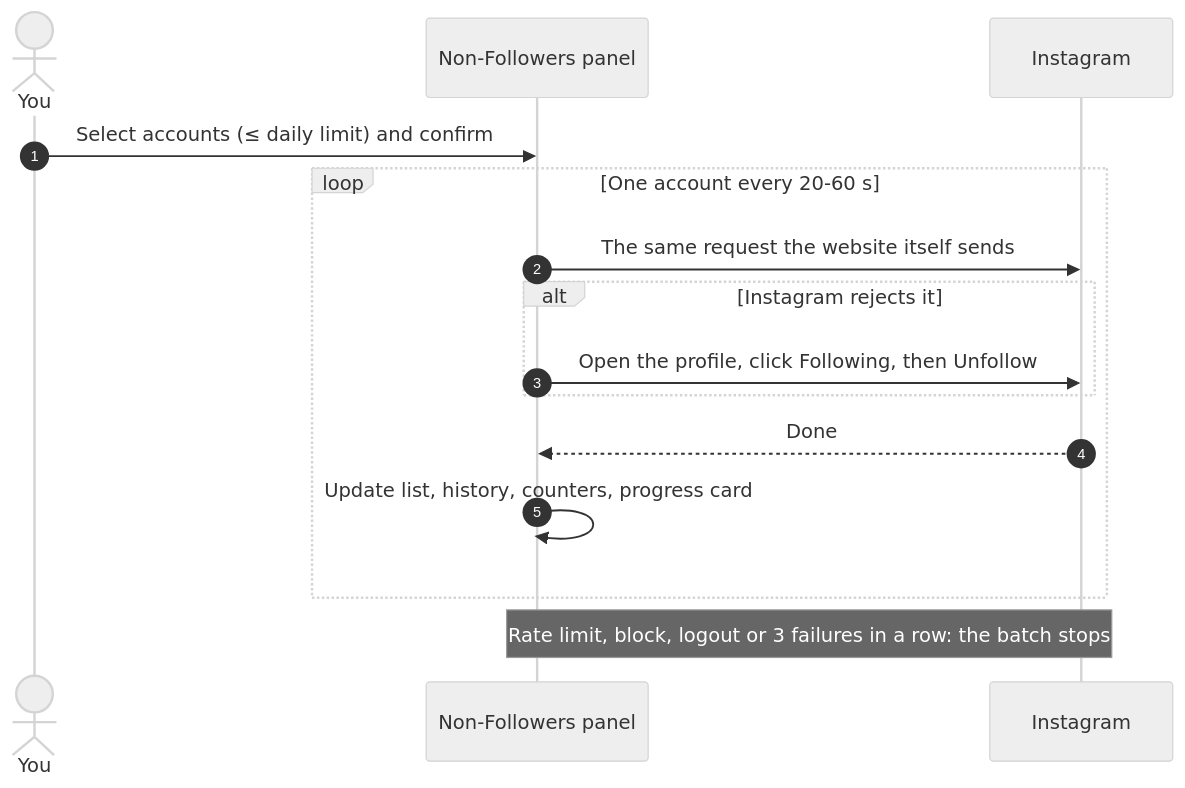
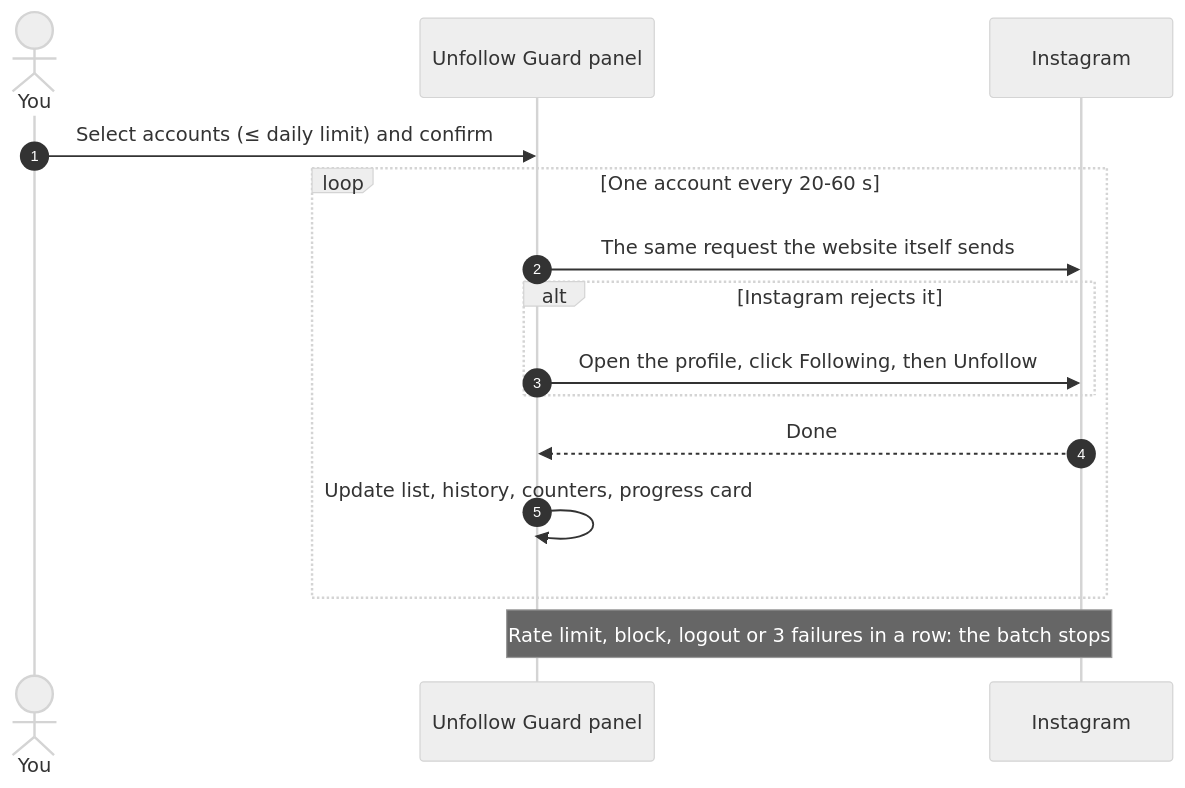
One commit to AshutoshSajan/unfollow-guard-extension changed the second of 2 diagrams in README.md. Above: the diagram before and after it, drawn with Mermaid (neutral theme). The commit also changed other lines of this file and 4 other files, not shown here.

Commit message:
rebrand v1.5.0 user-visible strings to Unfollow Guard, keep legacy NFB namespace

````diff
--- a/README.md
+++ b/README.md
@@ -136,17 +136,17 @@
 ```mermaid
 sequenceDiagram
     autonumber
     actor You
-    participant Panel as Non-Followers panel
+    participant Panel as Unfollow Guard panel
     participant IG as Instagram
     You->>Panel: Select accounts (≤ daily limit) and confirm
     loop One account every 20-60 s
         Panel->>IG: The same request the website itself sends
         alt Instagram rejects it
             Panel->>IG: Open the profile, click Following, then Unfollow
         end
         IG-->>Panel: Done
         Panel->>Panel: Update list, history, counters, progress card
     end
     Note over Panel,IG: Rate limit, block, logout or 3 failures in a row: the batch stops
 ```
````
